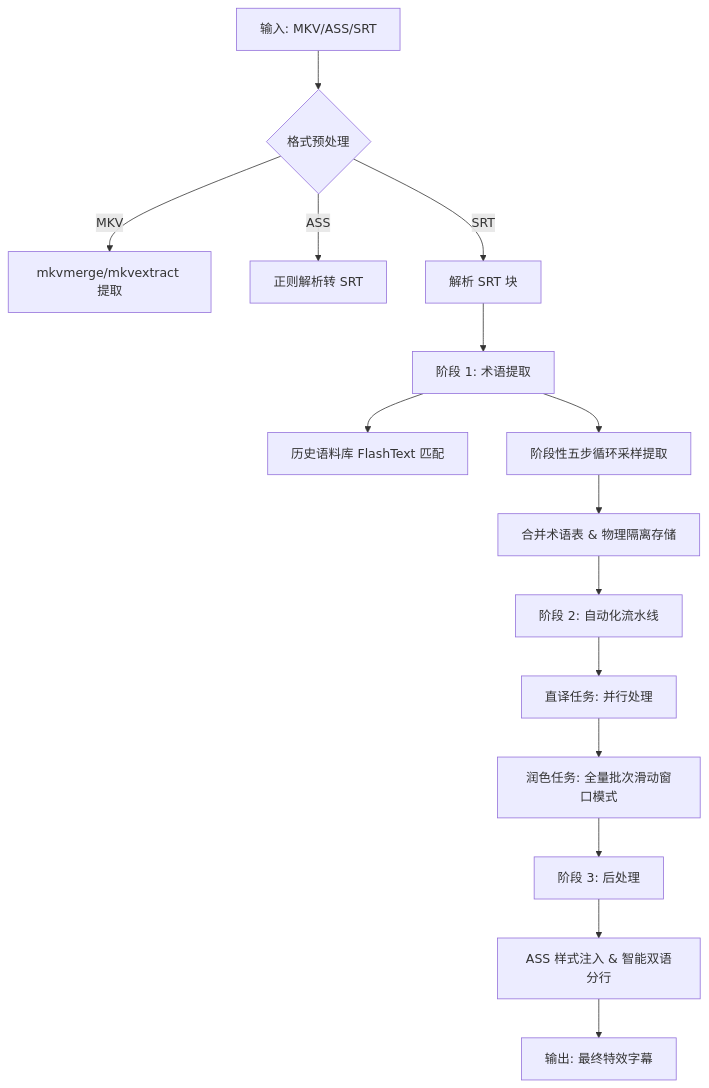
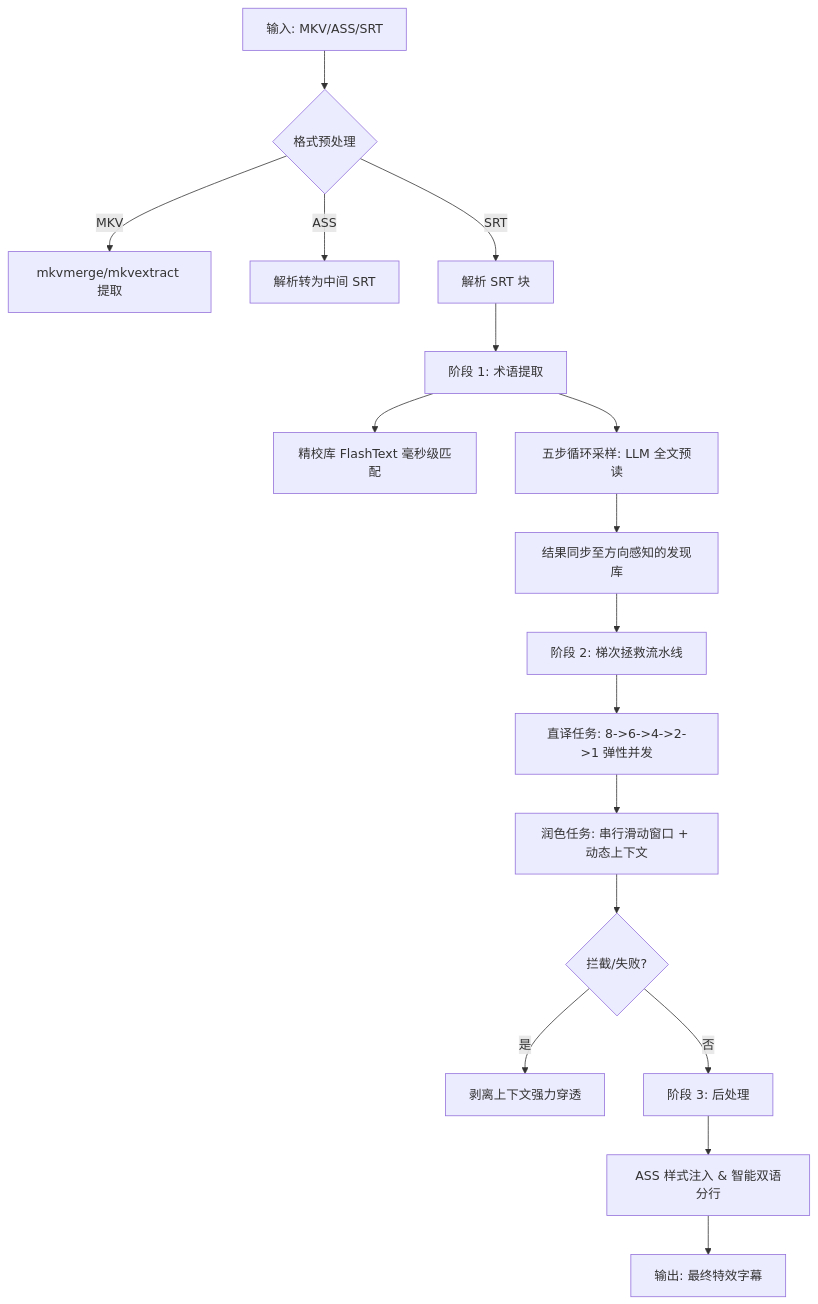
Before and after one commit to ID-VerNe/translate_principle: the diagram in CLI_Implementation.md, drawn with Mermaid. The commit also changed other lines of this file and 12 other files, not shown here.

````diff
--- a/CLI_Implementation.md
+++ b/CLI_Implementation.md
@@ -11,20 +11,22 @@
 ```mermaid
 graph TD
     A[输入: MKV/ASS/SRT] --> B{格式预处理}
     B -->|MKV| B1[mkvmerge/mkvextract 提取]
-    B -->|ASS| B2[正则解析转 SRT]
+    B -->|ASS| B2[解析转为中间 SRT]
     B -->|SRT| C[解析 SRT 块]
     
     C --> D[阶段 1: 术语提取]
-    D --> D1[历史语料库 FlashText 匹配]
-    D --> D2[阶段性五步循环采样提取]
-    D2 --> D3[合并术语表 & 物理隔离存储]
+    D --> D1[精校库 FlashText 毫秒级匹配]
+    D --> D2[五步循环采样: LLM 全文预读]
+    D2 --> D3[结果同步至方向感知的发现库]
     
-    D3 --> E[阶段 2: 自动化流水线]
-    E --> F[直译任务: 并行处理]
-    F --> G[润色任务: 全量批次滑动窗口模式]
+    D3 --> E[阶段 2: 梯次拯救流水线]
+    E --> F[直译任务: 8->6->4->2->1 弹性并发]
+    F --> G[润色任务: 串行滑动窗口 + 动态上下文]
+    G --> G1{拦截/失败?}
+    G1 -->|是| G2[剥离上下文强力穿透]
+    G1 -->|否| H[阶段 3: 后处理]
     
-    G --> H[阶段 3: 后处理]
     H --> I[ASS 样式注入 & 智能双语分行]
     I --> J[输出: 最终特效字幕]
 ```
````
